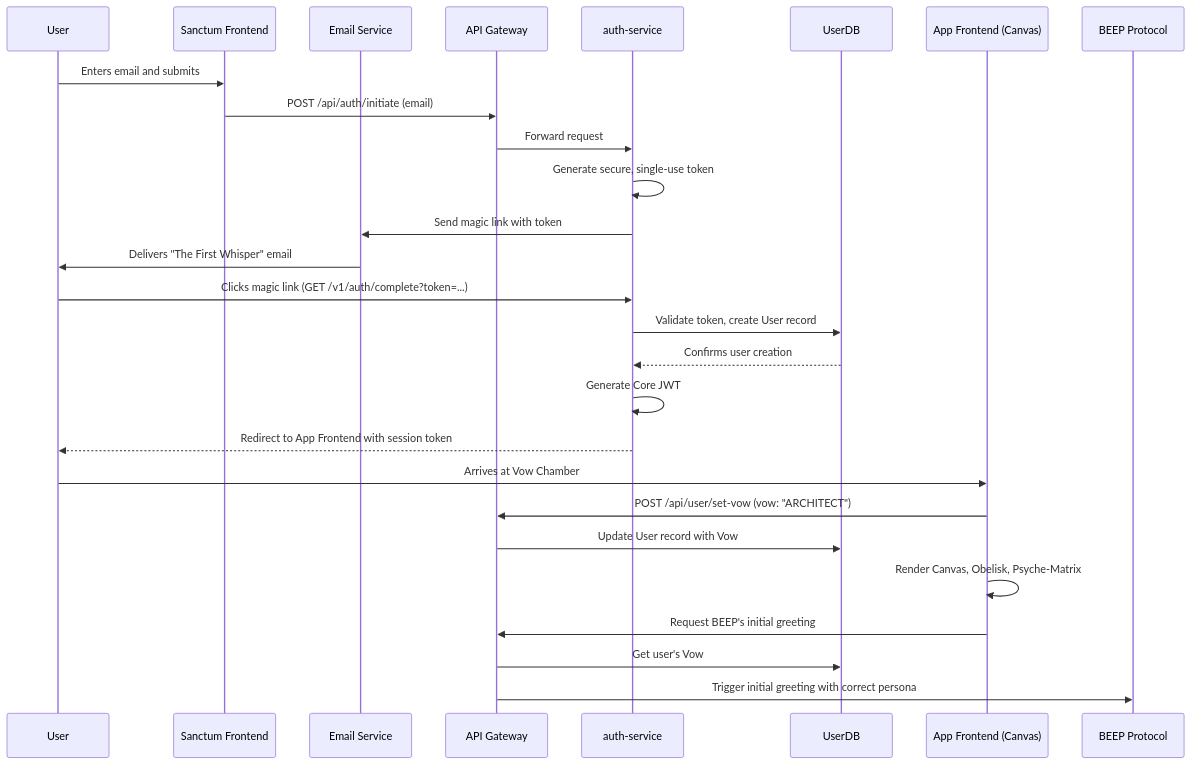
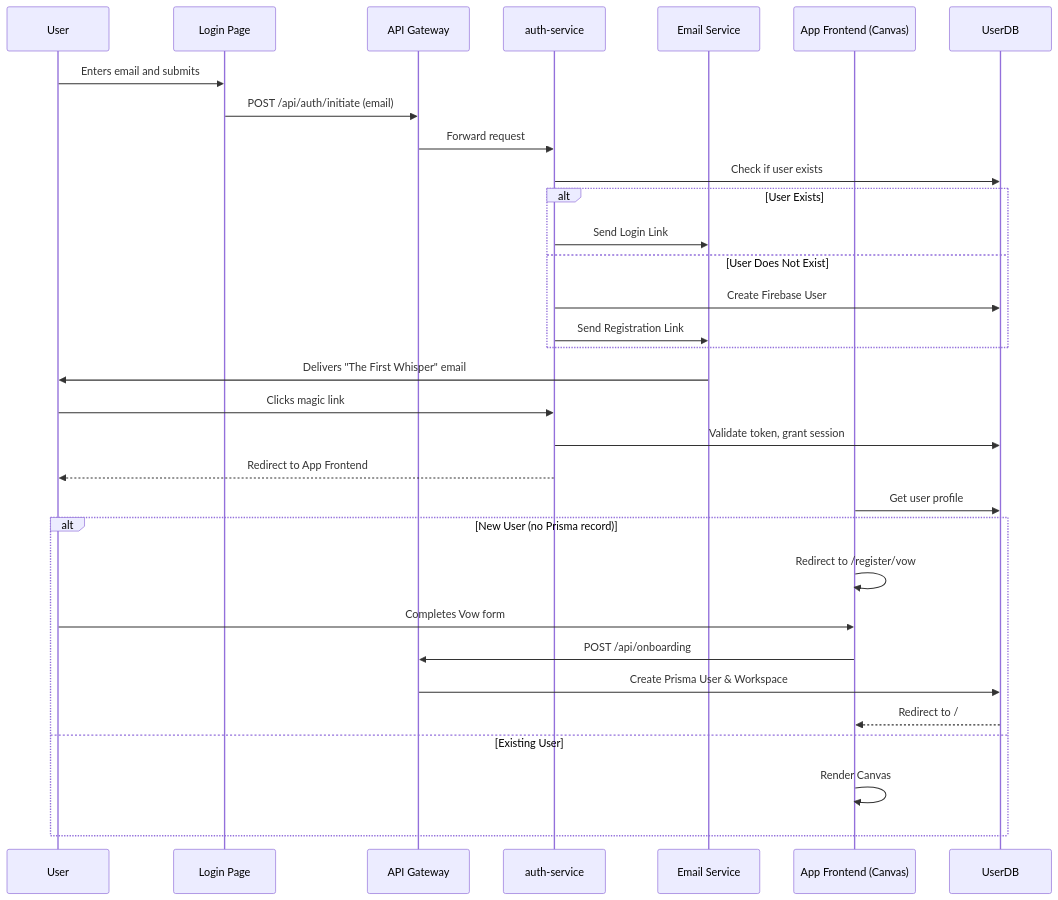
The diagram in src/docs/Rite-of-Invocation.md (seemslegit42/aevonos), drawn with Mermaid before and after one commit. The commit also changed other lines of this file and 3 other files, not shown here.

Commit message:
lets do a comprehensive analysis of the current LOGIN page, onboarding r

````diff
--- a/src/docs/Rite-of-Invocation.md
+++ b/src/docs/Rite-of-Invocation.md
@@ -59,32 +57,37 @@
 ```mermaid
 sequenceDiagram
     participant User
-    participant Sanctum Frontend
-    participant Email Service
+    participant Login Page
     participant API Gateway
     participant auth-service
+    participant Email Service
+    participant App Frontend (Canvas)
     participant UserDB
-    participant App Frontend (Canvas)
 
-    User->>Sanctum Frontend: Enters email and submits
-    Sanctum Frontend->>API Gateway: POST /api/auth/initiate (email)
+    User->>Login Page: Enters email and submits
+    Login Page->>API Gateway: POST /api/auth/initiate (email)
     API Gateway->>auth-service: Forward request
-    auth-service->>auth-service: Generate secure, single-use token
-    auth-service->>Email Service: Send magic link with token
+    auth-service->>UserDB: Check if user exists
+    alt User Exists
+      auth-service->>Email Service: Send Login Link
+    else User Does Not Exist
+      auth-service->>UserDB: Create Firebase User
+      auth-service->>Email Service: Send Registration Link
+    end
     Email Service->>User: Delivers "The First Whisper" email
 
-    User->>auth-service: Clicks magic link (GET /v1/auth/complete?token=...)
-    auth-service->>UserDB: Validate token, create User record
-    UserDB-->>auth-service: Confirms user creation
-    auth-service->>auth-service: Generate Core JWT
-    auth-service-->>User: Redirect to App Frontend with session token
-
-    User->>App Frontend (Canvas): Arrives at Vow Chamber
-    App Frontend (Canvas)->>API Gateway: POST /api/user/set-vow (vow: "ARCHITECT")
-    API Gateway->>UserDB: Update User record with Vow
+    User->>auth-service: Clicks magic link
+    auth-service->>UserDB: Validate token, grant session
+    auth-service-->>User: Redirect to App Frontend
     
-    App Frontend (Canvas)->>App Frontend (Canvas): Render Canvas, Obelisk, Psyche-Matrix
-    App Frontend (Canvas)->>API Gateway: Request BEEP's initial greeting
-    API Gateway->>UserDB: Get user's Vow
-    API Gateway->>BEEP Protocol: Trigger initial greeting with correct persona
+    App Frontend (Canvas)->>UserDB: Get user profile
+    alt New User (no Prisma record)
+        App Frontend (Canvas)->>App Frontend (Canvas): Redirect to /register/vow
+        User->>App Frontend (Canvas): Completes Vow form
+        App Frontend (Canvas)->>API Gateway: POST /api/onboarding
+        API Gateway->>UserDB: Create Prisma User & Workspace
+        UserDB-->>App Frontend (Canvas): Redirect to /
+    else Existing User
+        App Frontend (Canvas)->>App Frontend (Canvas): Render Canvas
+    end
 ```
````
